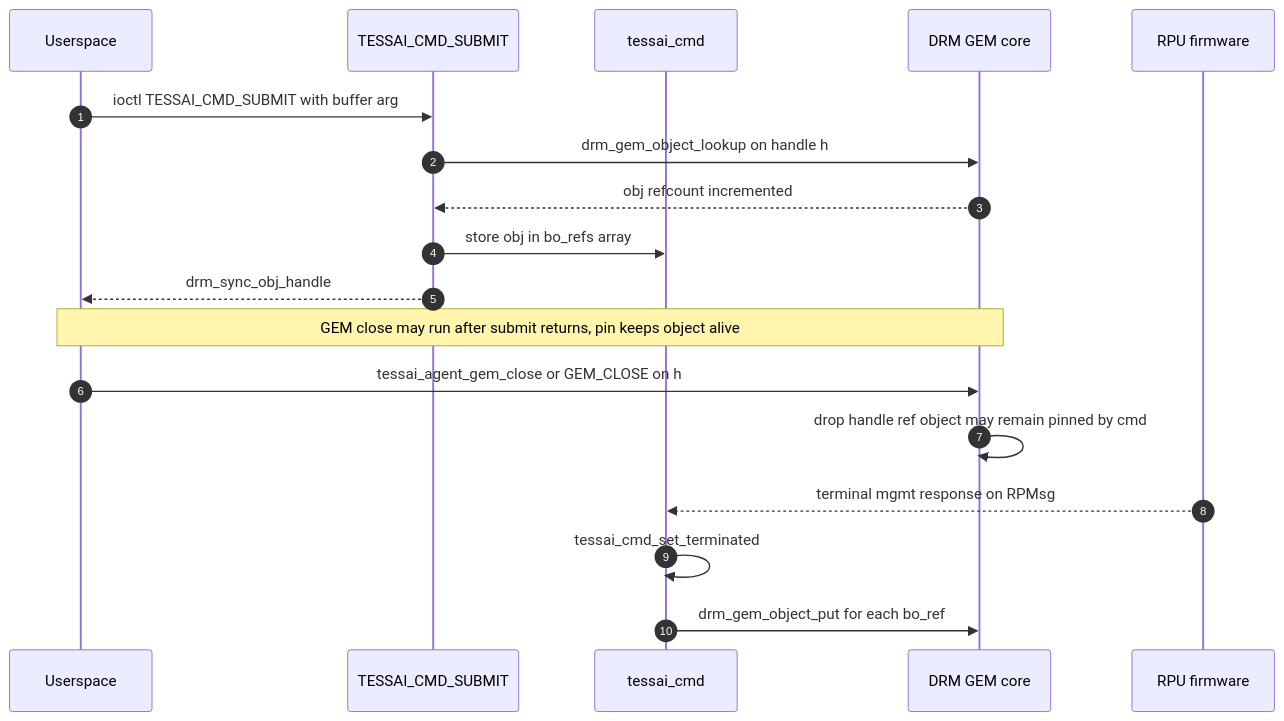
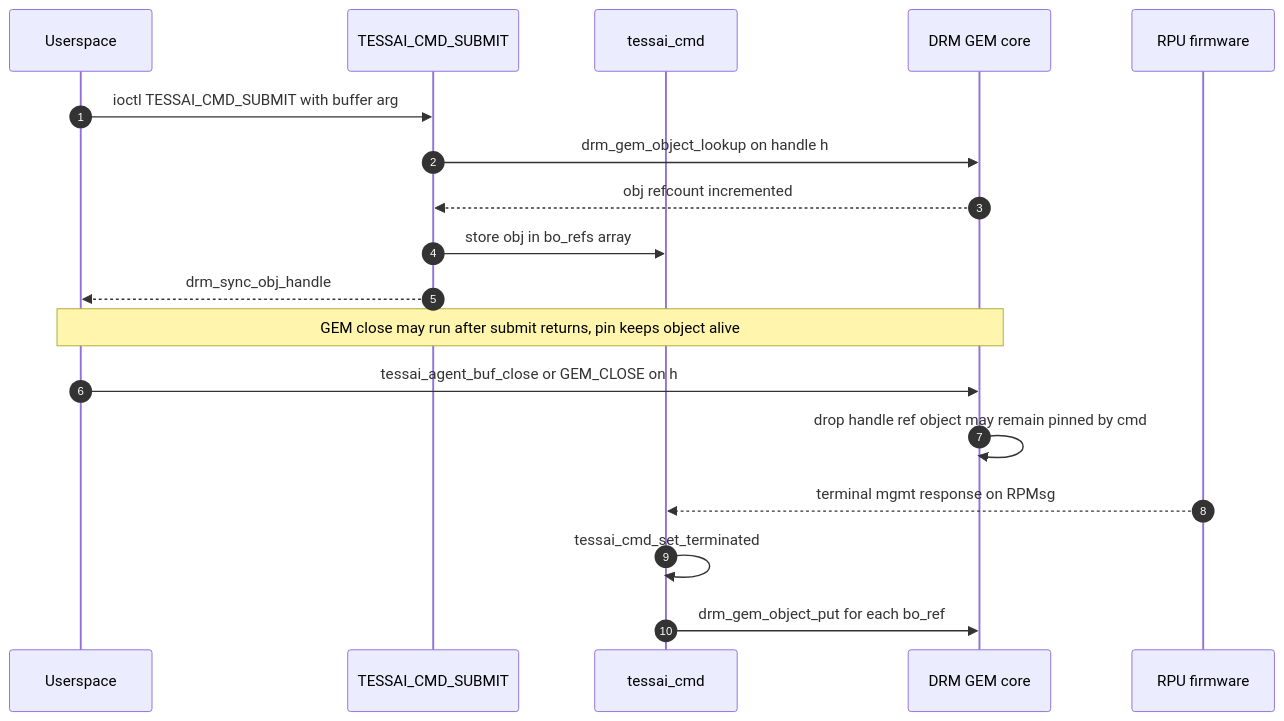
The fifth of 6 diagrams in docs/buffer-management.md (Xilinx/amdrnpu), drawn with Mermaid before and after one commit. The commit also changed other lines of this file and 4 other files, not shown here.

First line of the commit message:
docs: tessai-agent protocol, buffers, and CMA pool usage

````diff
--- a/docs/buffer-management.md
+++ b/docs/buffer-management.md
@@ -142,23 +178,23 @@
 ```mermaid
 sequenceDiagram
     autonumber
     participant U as Userspace
     participant SUB as TESSAI_CMD_SUBMIT
     participant CMD as tessai_cmd
     participant CORE as DRM GEM core
     participant RPU as RPU firmware
 
     U->>SUB: ioctl TESSAI_CMD_SUBMIT with buffer arg
     SUB->>CORE: drm_gem_object_lookup on handle h
     CORE-->>SUB: obj refcount incremented
     SUB->>CMD: store obj in bo_refs array
     SUB-->>U: drm_sync_obj_handle
 
     Note over U,CORE: GEM close may run after submit returns, pin keeps object alive
-    U->>CORE: tessai_agent_gem_close or GEM_CLOSE on h
+    U->>CORE: tessai_agent_buf_close or GEM_CLOSE on h
     CORE->>CORE: drop handle ref object may remain pinned by cmd
 
     RPU-->>CMD: terminal mgmt response on RPMsg
     CMD->>CMD: tessai_cmd_set_terminated
     CMD->>CORE: drm_gem_object_put for each bo_ref
 ```
````
